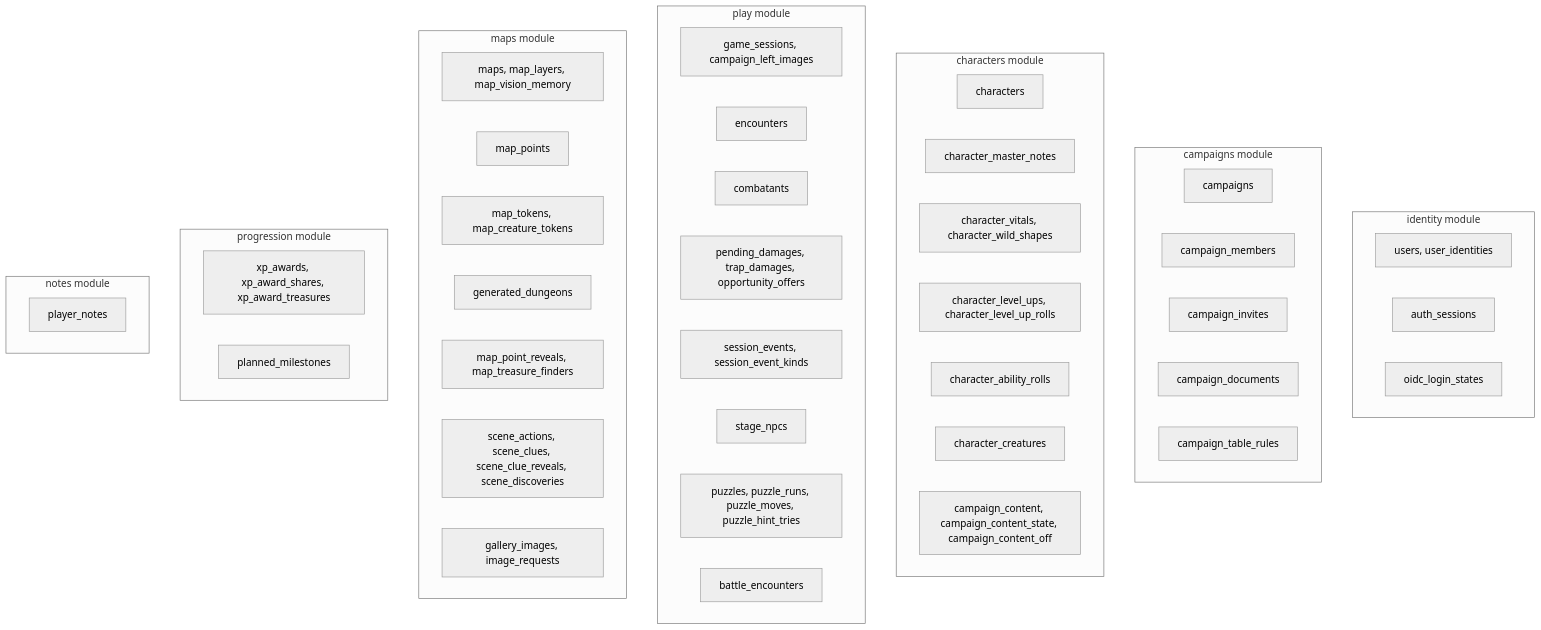
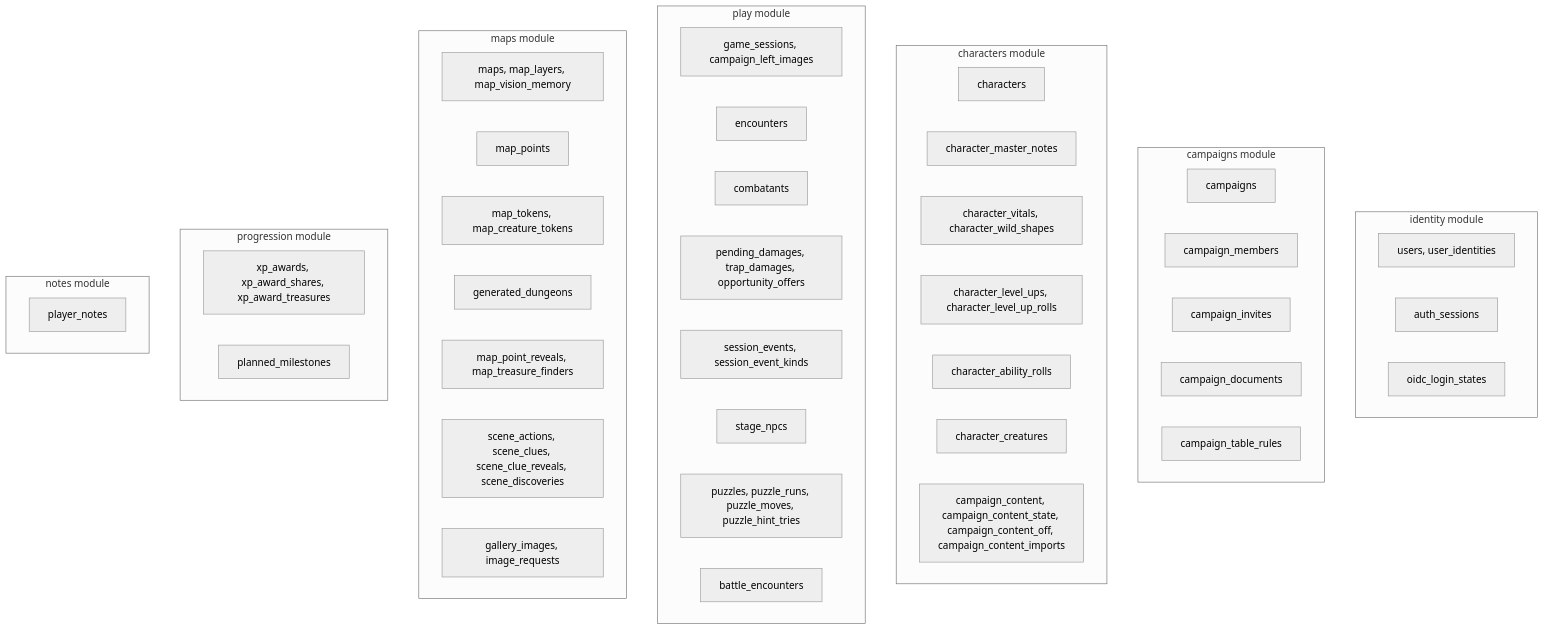
The first of 7 diagrams in docs/data.md (PuraFome/meuRPG), drawn with Mermaid (neutral theme) before and after one commit. The commit also changed other lines of this file and 54 other files, not shown here.

````diff
--- a/docs/data.md
+++ b/docs/data.md
@@ -29,56 +29,56 @@
 ```mermaid
 flowchart TD
     subgraph identity["identity module"]
         t_users["users, user_identities"]
         t_auth_sessions["auth_sessions"]
         t_oidc_login_states["oidc_login_states"]
     end
 
     subgraph campaigns_mod["campaigns module"]
         t_campaigns["campaigns"]
         t_campaign_members["campaign_members"]
         t_campaign_invites["campaign_invites"]
         t_campaign_documents["campaign_documents"]
         t_campaign_table_rules["campaign_table_rules"]
     end
 
     subgraph characters_mod["characters module"]
         t_characters["characters"]
         t_character_master_notes["character_master_notes"]
         t_character_vitals["character_vitals, character_wild_shapes"]
         t_character_level_ups["character_level_ups, character_level_up_rolls"]
         t_character_ability_rolls["character_ability_rolls"]
         t_character_creatures["character_creatures"]
-        t_campaign_content["campaign_content, campaign_content_state, campaign_content_off"]
+        t_campaign_content["campaign_content, campaign_content_state, campaign_content_off, campaign_content_imports"]
     end
 
     subgraph play["play module"]
         t_game_sessions["game_sessions, campaign_left_images"]
         t_encounters["encounters"]
         t_combatants["combatants"]
         t_damage["pending_damages, trap_damages, opportunity_offers"]
         t_session_events["session_events, session_event_kinds"]
         t_stage_npcs["stage_npcs"]
         t_puzzles["puzzles, puzzle_runs, puzzle_moves, puzzle_hint_tries"]
         t_battle_encounters["battle_encounters"]
     end
 
     subgraph maps_mod["maps module"]
         t_maps["maps, map_layers, map_vision_memory"]
         t_map_points["map_points"]
         t_map_tokens["map_tokens, map_creature_tokens"]
         t_generated_dungeons["generated_dungeons"]
         t_map_point_reveals["map_point_reveals, map_treasure_finders"]
         t_scene["scene_actions, scene_clues, scene_clue_reveals, scene_discoveries"]
         t_gallery_images["gallery_images, image_requests"]
     end
 
     subgraph progression["progression module"]
         t_xp_awards["xp_awards, xp_award_shares, xp_award_treasures"]
         t_planned_milestones["planned_milestones"]
     end
 
     subgraph notes_mod["notes module"]
         t_player_notes["player_notes"]
     end
 ```
````
